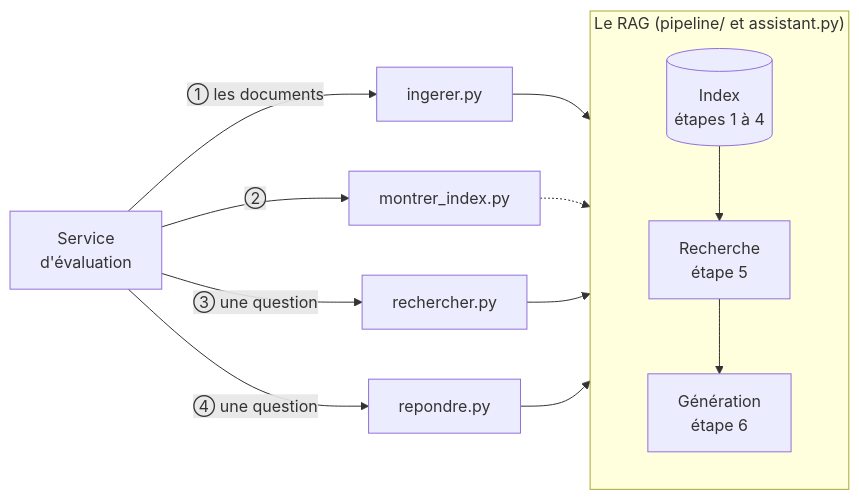
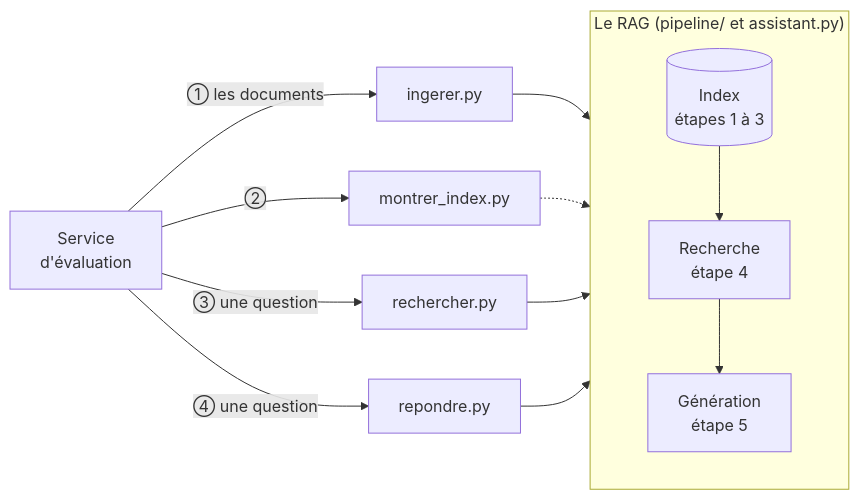
Before and after one commit to floSa/RAG-Evaluation: the second of 2 diagrams in service-rag-exemple/documentation/guide_du_rag.md, drawn with Mermaid. The commit also changed other lines of this file and 21 other files, not shown here.

Commit message:
RAG d'exemple : graphe retiré ; recherche et génération deviennent les étapes 4 et 5

````diff
--- a/service-rag-exemple/documentation/guide_du_rag.md
+++ b/service-rag-exemple/documentation/guide_du_rag.md
@@ -167,15 +139,15 @@
 ```mermaid
 flowchart LR
     E["Service<br/>d'évaluation"] -- "① les documents" --> I["ingerer.py"]
     E -- "②" --> M["montrer_index.py"]
     E -- "③ une question" --> S["rechercher.py"]
     E -- "④ une question" --> R["repondre.py"]
     subgraph RAG["Le RAG (pipeline/ et assistant.py)"]
         direction TB
-        X[("Index<br/>étapes 1 à 4")] --> P["Recherche<br/>étape 5"] --> G["Génération<br/>étape 6"]
+        X[("Index<br/>étapes 1 à 3")] --> P["Recherche<br/>étape 4"] --> G["Génération<br/>étape 5"]
     end
     I --> X
     M -.-> X
     S --> P
     R --> G
 ```
````
